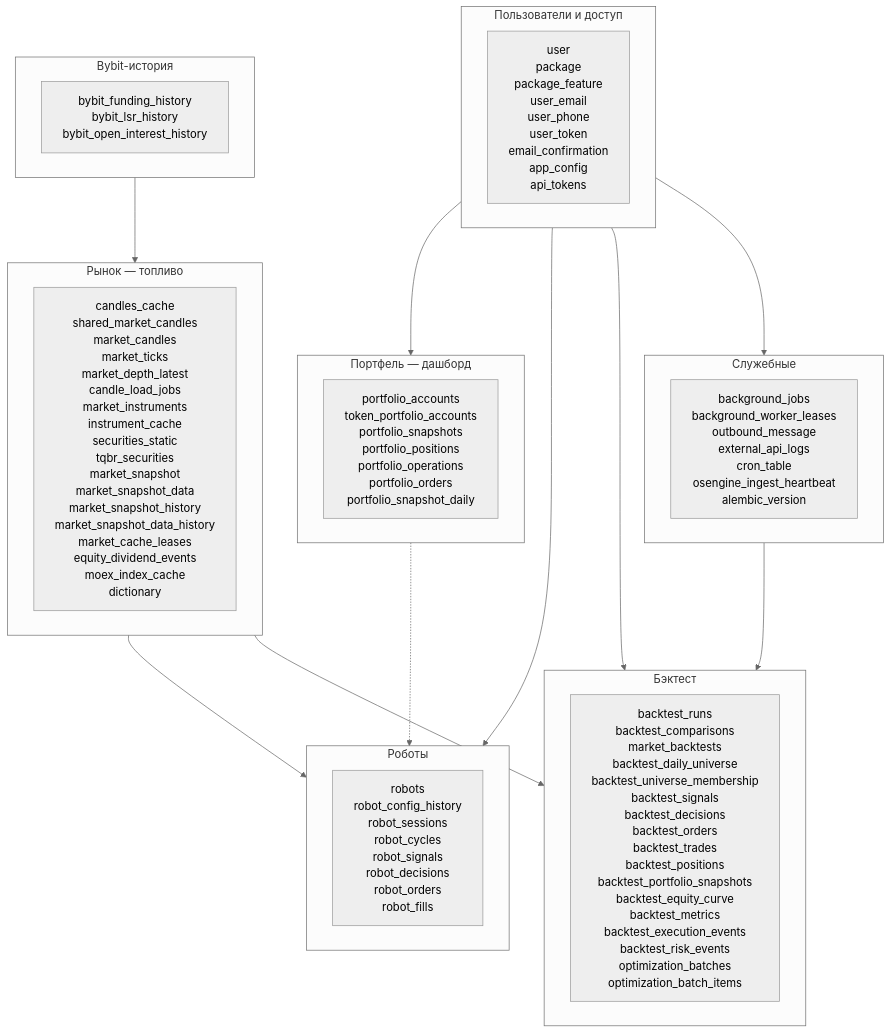
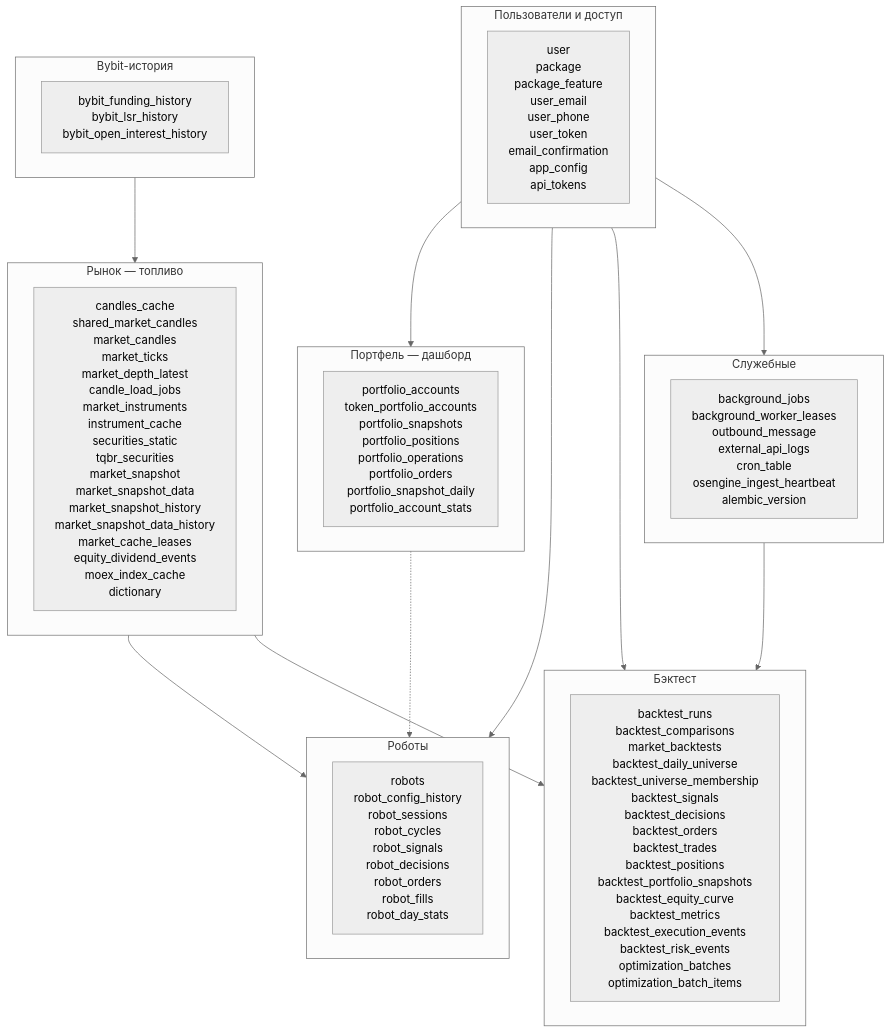
One commit to GYankovich/gin changed the first of 2 diagrams in docs/db/Текущая база данных.md. Above: the diagram before and after it, drawn with Mermaid (neutral theme). The commit also changed other lines of this file and 27 other files, not shown here.

````diff
--- a/docs/db/Текущая база данных.md
+++ b/docs/db/Текущая база данных.md
@@ -47,40 +47,40 @@
 ```mermaid
 flowchart TB
   subgraph Access["Пользователи и доступ"]
     ACC["user<br/>package<br/>package_feature<br/>user_email<br/>user_phone<br/>user_token<br/>email_confirmation<br/>app_config<br/>api_tokens"]
   end
 
   subgraph Portfolio["Портфель — дашборд"]
-    PA["portfolio_accounts<br/>token_portfolio_accounts<br/>portfolio_snapshots<br/>portfolio_positions<br/>portfolio_operations<br/>portfolio_orders<br/>portfolio_snapshot_daily"]
+    PA["portfolio_accounts<br/>token_portfolio_accounts<br/>portfolio_snapshots<br/>portfolio_positions<br/>portfolio_operations<br/>portfolio_orders<br/>portfolio_snapshot_daily<br/>portfolio_account_stats"]
   end
 
   subgraph Market["Рынок — топливо"]
     MKT["candles_cache<br/>shared_market_candles<br/>market_candles<br/>market_ticks<br/>market_depth_latest<br/>candle_load_jobs<br/>market_instruments<br/>instrument_cache<br/>securities_static<br/>tqbr_securities<br/>market_snapshot<br/>market_snapshot_data<br/>market_snapshot_history<br/>market_snapshot_data_history<br/>market_cache_leases<br/>equity_dividend_events<br/>moex_index_cache<br/>dictionary"]
   end
 
   subgraph Bybit["Bybit-история"]
     BYB["bybit_funding_history<br/>bybit_lsr_history<br/>bybit_open_interest_history"]
   end
 
   subgraph Robots["Роботы"]
-    R["robots<br/>robot_config_history<br/>robot_sessions<br/>robot_cycles<br/>robot_signals<br/>robot_decisions<br/>robot_orders<br/>robot_fills"]
+    R["robots<br/>robot_config_history<br/>robot_sessions<br/>robot_cycles<br/>robot_signals<br/>robot_decisions<br/>robot_orders<br/>robot_fills<br/>robot_day_stats"]
   end
 
   subgraph Backtest["Бэктест"]
     BT["backtest_runs<br/>backtest_comparisons<br/>market_backtests<br/>backtest_daily_universe<br/>backtest_universe_membership<br/>backtest_signals<br/>backtest_decisions<br/>backtest_orders<br/>backtest_trades<br/>backtest_positions<br/>backtest_portfolio_snapshots<br/>backtest_equity_curve<br/>backtest_metrics<br/>backtest_execution_events<br/>backtest_risk_events<br/>optimization_batches<br/>optimization_batch_items"]
   end
 
   subgraph Ops["Служебные"]
     OPS["background_jobs<br/>background_worker_leases<br/>outbound_message<br/>external_api_logs<br/>cron_table<br/>osengine_ingest_heartbeat<br/>alembic_version"]
   end
 
   Access --> Portfolio
   Access --> Robots
   Access --> Backtest
   Bybit --> Market
   Market --> Robots
   Market --> Backtest
   Portfolio -.-> Robots
   Ops --> Backtest
   Access --> Ops
 ```
````
